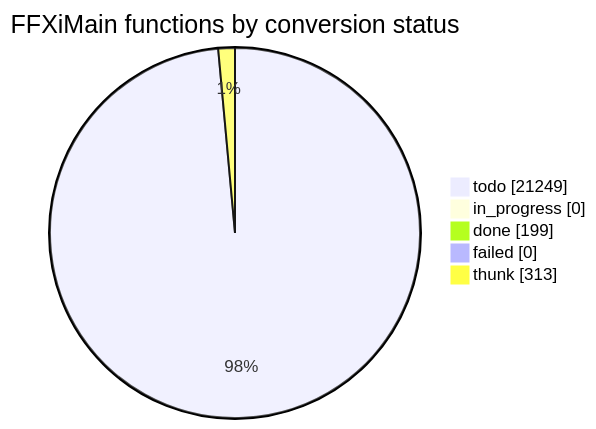
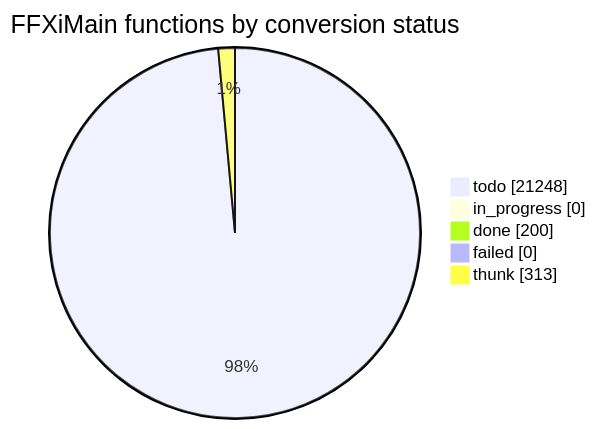
Before and after one commit to cowrevenge/cow_kuluu_xi_anything: the diagram in docs/cow/STATUS.md, drawn with Mermaid. The commit also changed other lines of this file and 9 other files, not shown here.

````diff
--- a/docs/cow/STATUS.md
+++ b/docs/cow/STATUS.md
@@ -18,9 +18,9 @@
 ```mermaid
 pie showData
     title FFXiMain functions by conversion status
-    "todo" : 21249
+    "todo" : 21248
     "in_progress" : 0
-    "done" : 199
+    "done" : 200
     "failed" : 0
     "thunk" : 313
 ```
````
